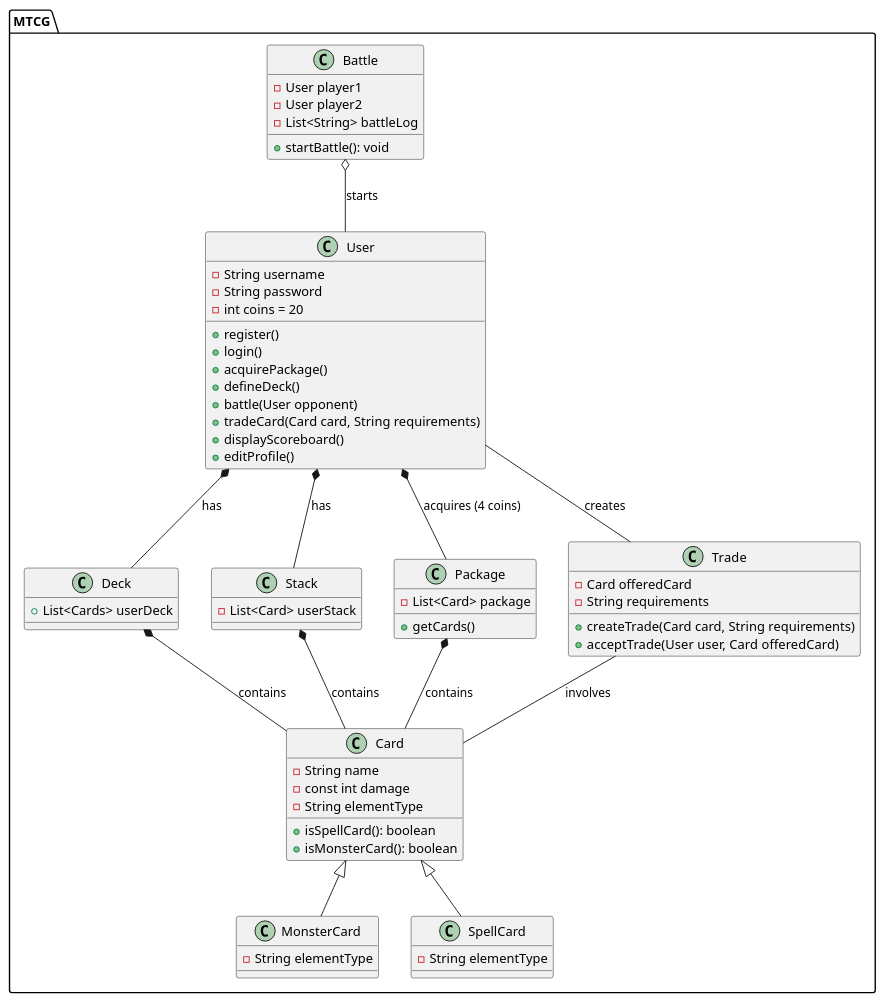
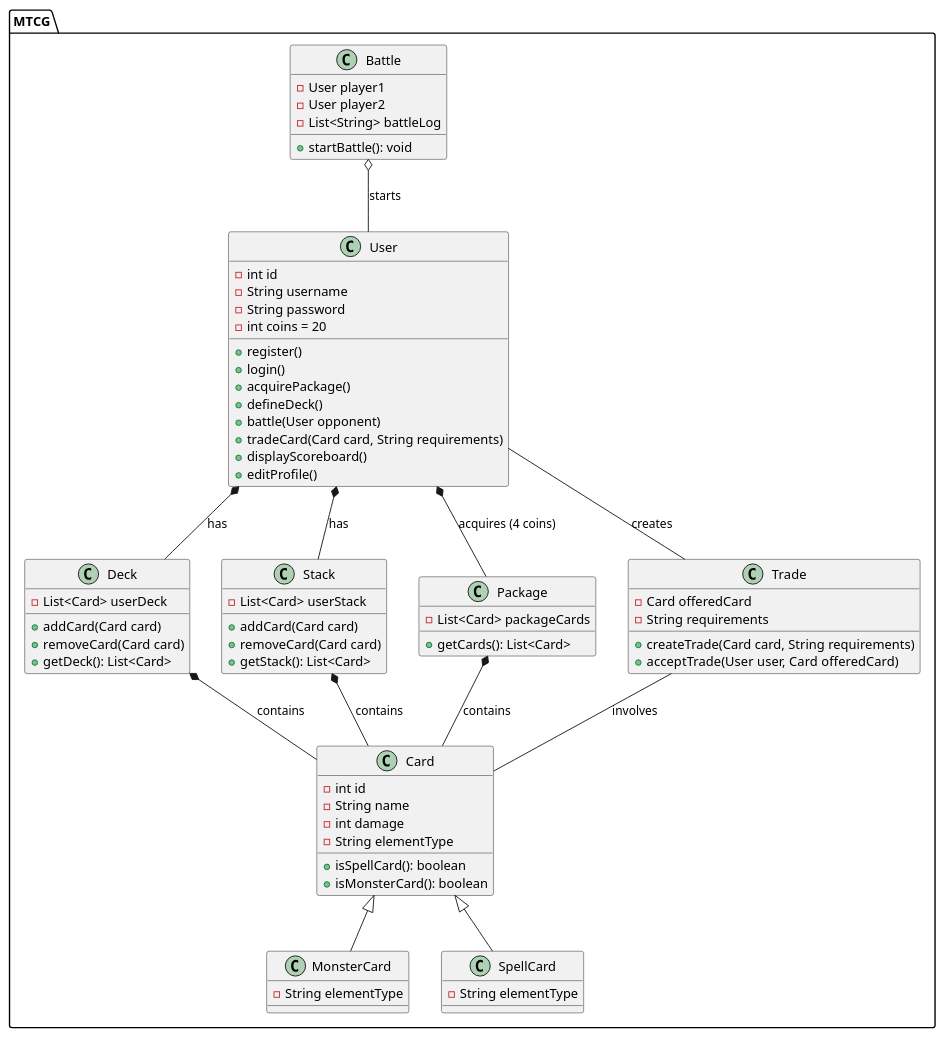
The diagram in docs/mtcg_diagram.puml (Specifik/MTCG), drawn with PlantUML before and after one commit. The commit also changed 1 other file, not shown here.

```diff
--- a/docs/mtcg_diagram.puml
+++ b/docs/mtcg_diagram.puml
@@ -1,74 +1,82 @@
 @startuml
 
 package "MTCG" {
 
   class User {
+    - int id
     - String username
     - String password
     - int coins = 20
     + register()
     + login()
     + acquirePackage()
     + defineDeck()
     + battle(User opponent)
     + tradeCard(Card card, String requirements)
     + displayScoreboard()
     + editProfile()
   }
 
   class Card {
+    - int id
     - String name
-    - const int damage
+    - int damage
     - String elementType
     + isSpellCard(): boolean
     + isMonsterCard(): boolean
   }
 
   class Deck {
-    + List<Cards> userDeck
+    - List<Card> userDeck
+    + addCard(Card card)
+    + removeCard(Card card)
+    + getDeck(): List<Card>
   }
 
   class Stack {
     - List<Card> userStack
+    + addCard(Card card)
+    + removeCard(Card card)
+    + getStack(): List<Card>
   }
 
   class MonsterCard extends Card {
     - String elementType
   }
 
   class SpellCard extends Card {
     - String elementType
   }
 
   class Package {
-    - List<Card> package
-    + getCards()
+    - List<Card> packageCards
+    + getCards(): List<Card>
   }
 
   class Battle {
     - User player1
     - User player2
     - List<String> battleLog
     + startBattle(): void
   }
 
   class Trade {
     - Card offeredCard
     - String requirements
     + createTrade(Card card, String requirements)
     + acceptTrade(User user, Card offeredCard)
   }
 
   User *-- Deck : has
   User *-- Stack : has
-  User  *--  Package : acquires (4 coins)
-  Battle  o--  User : starts
-  User  --  Trade : creates
-  Trade  --  Card : involves
-  Package  *--  Card : contains
-  Deck  *--  Card : contains
-  Stack  *--  Card : contains
+  User *-- Package : acquires (4 coins)
+  Battle o-- User : starts
+  User -- Trade : creates
+  Trade -- Card : involves
+  Package *-- Card : contains
+  Deck *-- Card : contains
+  Stack *-- Card : contains
 
 }
 
 @enduml
```
